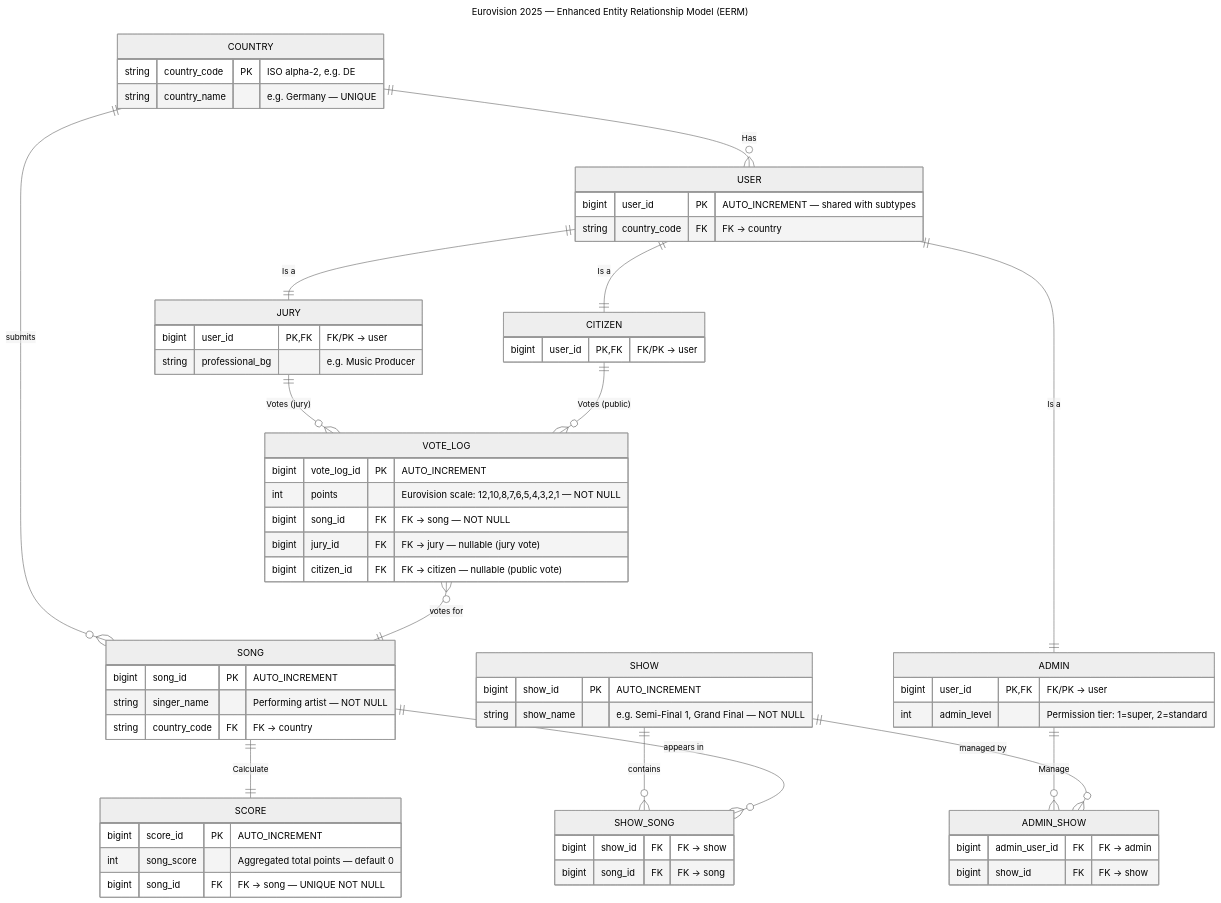
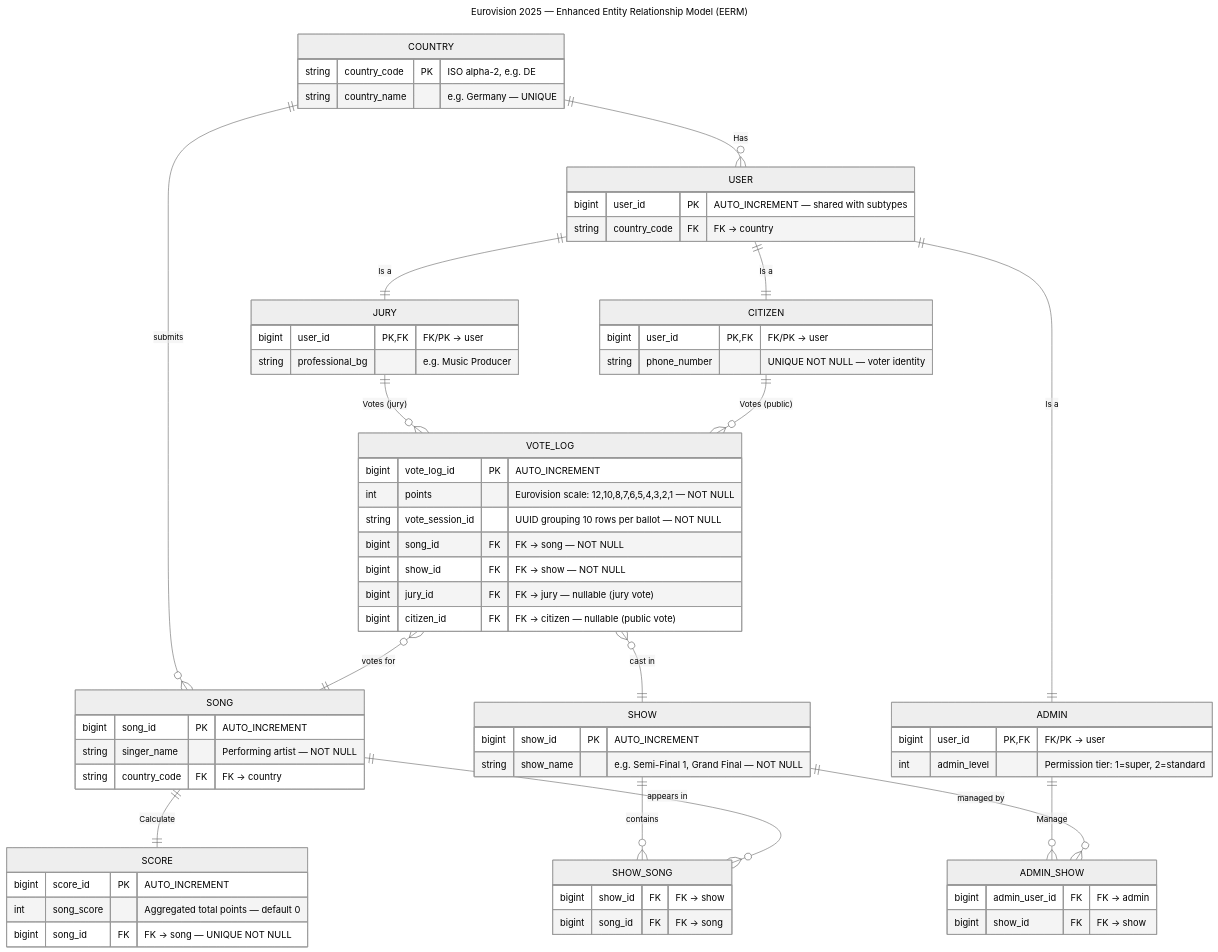
One commit to bermar24/Databases_Eurovision_project changed the diagram in docs/EERM.mermaid. Above: the diagram before and after it, drawn with Mermaid (neutral theme). The commit also changed 12 other files, not shown here.

```diff
--- a/docs/EERM.mermaid
+++ b/docs/EERM.mermaid
@@ -1,115 +1,122 @@
 ---
 title: Eurovision 2025 — Enhanced Entity Relationship Model (EERM)
 ---
 erDiagram
 
     %% ─────────────────────────────────────────────
     %% ENTITIES
     %% ─────────────────────────────────────────────
 
     COUNTRY {
         string country_code PK "ISO alpha-2, e.g. DE"
         string country_name    "e.g. Germany — UNIQUE"
     }
 
     USER {
         bigint user_id   PK  "AUTO_INCREMENT — shared with subtypes"
         string country_code FK "FK → country"
     }
 
     JURY {
         bigint user_id       PK, FK "FK/PK → user"
         string professional_bg     "e.g. Music Producer"
     }
 
     CITIZEN {
         bigint user_id PK, FK "FK/PK → user"
+        string phone_number       "UNIQUE NOT NULL — voter identity"
     }
 
     ADMIN {
         bigint user_id    PK, FK "FK/PK → user"
         int    admin_level       "Permission tier: 1=super, 2=standard"
     }
 
     SONG {
         bigint song_id      PK  "AUTO_INCREMENT"
         string singer_name      "Performing artist — NOT NULL"
         string country_code  FK "FK → country"
     }
 
     VOTE_LOG {
         bigint vote_log_id  PK  "AUTO_INCREMENT"
         int    points           "Eurovision scale: 12,10,8,7,6,5,4,3,2,1 — NOT NULL"
+        string vote_session_id    "UUID grouping 10 rows per ballot — NOT NULL"
         bigint song_id       FK "FK → song — NOT NULL"
+        bigint show_id         FK "FK → show — NOT NULL"
         bigint jury_id       FK "FK → jury — nullable (jury vote)"
         bigint citizen_id    FK "FK → citizen — nullable (public vote)"
     }
 
     SCORE {
         bigint score_id   PK  "AUTO_INCREMENT"
         int    song_score      "Aggregated total points — default 0"
         bigint song_id     FK "FK → song — UNIQUE NOT NULL"
     }
 
     SHOW {
         bigint show_id   PK "AUTO_INCREMENT"
         string show_name    "e.g. Semi-Final 1, Grand Final — NOT NULL"
     }
 
     %% ─────────────────────────────────────────────
     %% JOIN TABLES (M:N resolutions)
     %% ─────────────────────────────────────────────
 
     SHOW_SONG {
         bigint show_id  FK "FK → show"
         bigint song_id  FK "FK → song"
     }
 
     ADMIN_SHOW {
         bigint admin_user_id FK "FK → admin"
         bigint show_id       FK "FK → show"
     }
 
     %% ─────────────────────────────────────────────
     %% RELATIONSHIPS
     %% ─────────────────────────────────────────────
 
     %% ── Has: Country → User (1:M) ────────────────
     %% "One country has many users"
     COUNTRY ||--o{ USER : "Has"
 
     %% ── Is a: User → Jury (Joined Table Inheritance)
     %% "A Jury IS A User"
     USER ||--|| JURY    : "Is a"
     USER ||--|| CITIZEN : "Is a"
     USER ||--|| ADMIN   : "Is a"
 
     %% ── Country → Song (1:M) ─────────────────────
     %% "One country submits many songs"
     COUNTRY ||--o{ SONG : "submits"
 
     %% ── Votes: Jury → VoteLog (1:M) ─────────────
     %% "One jury member casts many votes"
     JURY    ||--o{ VOTE_LOG : "Votes (jury)"
 
     %% ── Votes: Citizen → VoteLog (1:M) ──────────
     %% "One citizen casts many votes"
     CITIZEN ||--o{ VOTE_LOG : "Votes (public)"
 
     %% ── VoteLog → Song (M:1) ─────────────────────
     %% "Many votes target one song"
     VOTE_LOG }o--|| SONG : "votes for"
 
+    %% ── VoteLog → Show (M:1) ─────────────────────
+    %% "Many votes belong to one show"
+    VOTE_LOG }o--|| SHOW : "cast in"
+
     %% ── Calculate: Song → Score (1:1) ────────────
     %% "One song has one calculated score"
     SONG    ||--|| SCORE : "Calculate"
 
     %% ── Song ↔ Show (M:N via SHOW_SONG) ──────────
     %% "Songs appear in shows"
     SHOW     ||--o{ SHOW_SONG  : "contains"
     SONG     ||--o{ SHOW_SONG  : "appears in"
 
     %% ── Manage: Admin ↔ Show (M:N via ADMIN_SHOW) 
     %% "Admins manage shows"
     ADMIN    ||--o{ ADMIN_SHOW : "Manage"
     SHOW     ||--o{ ADMIN_SHOW : "managed by"
```
